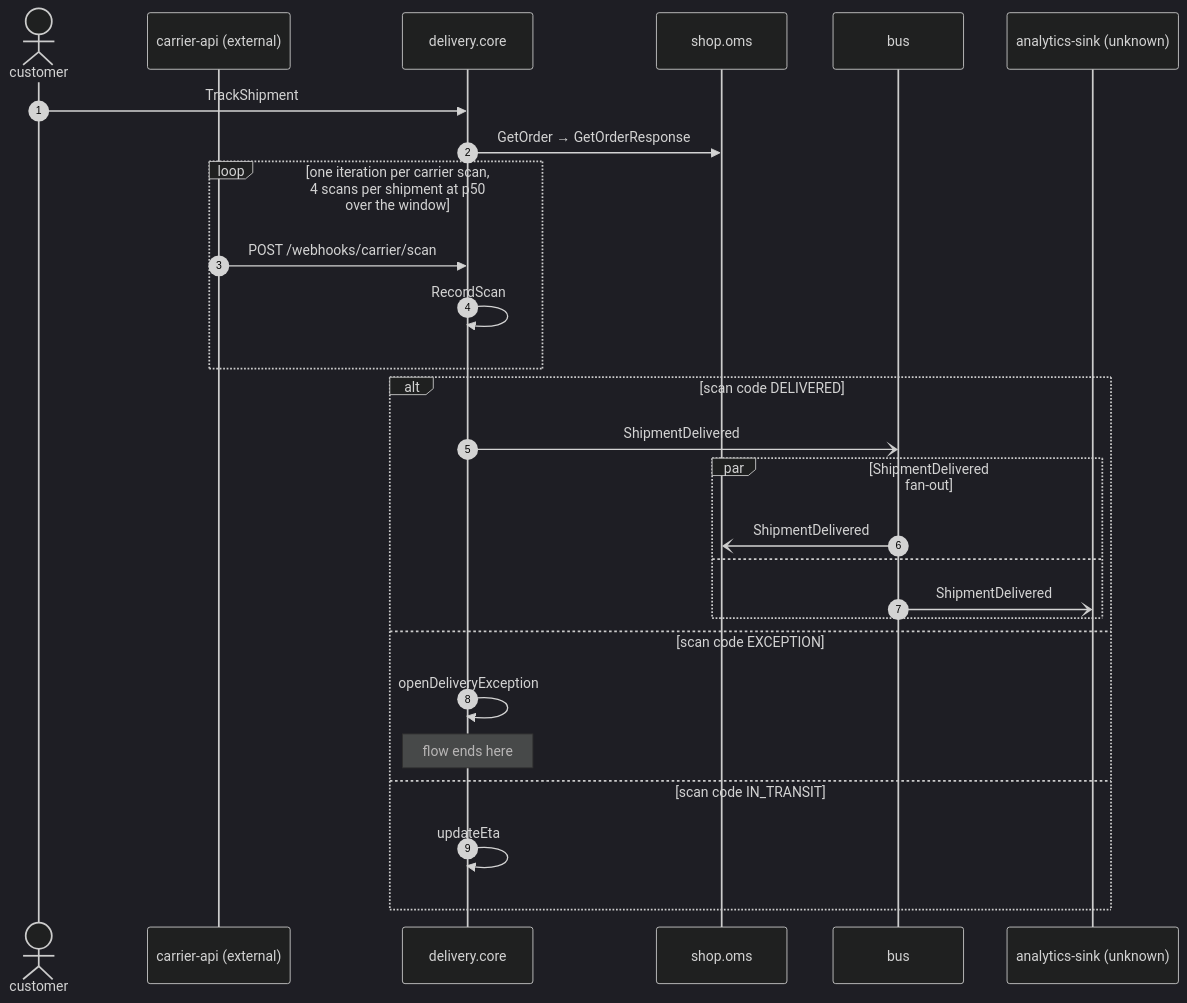
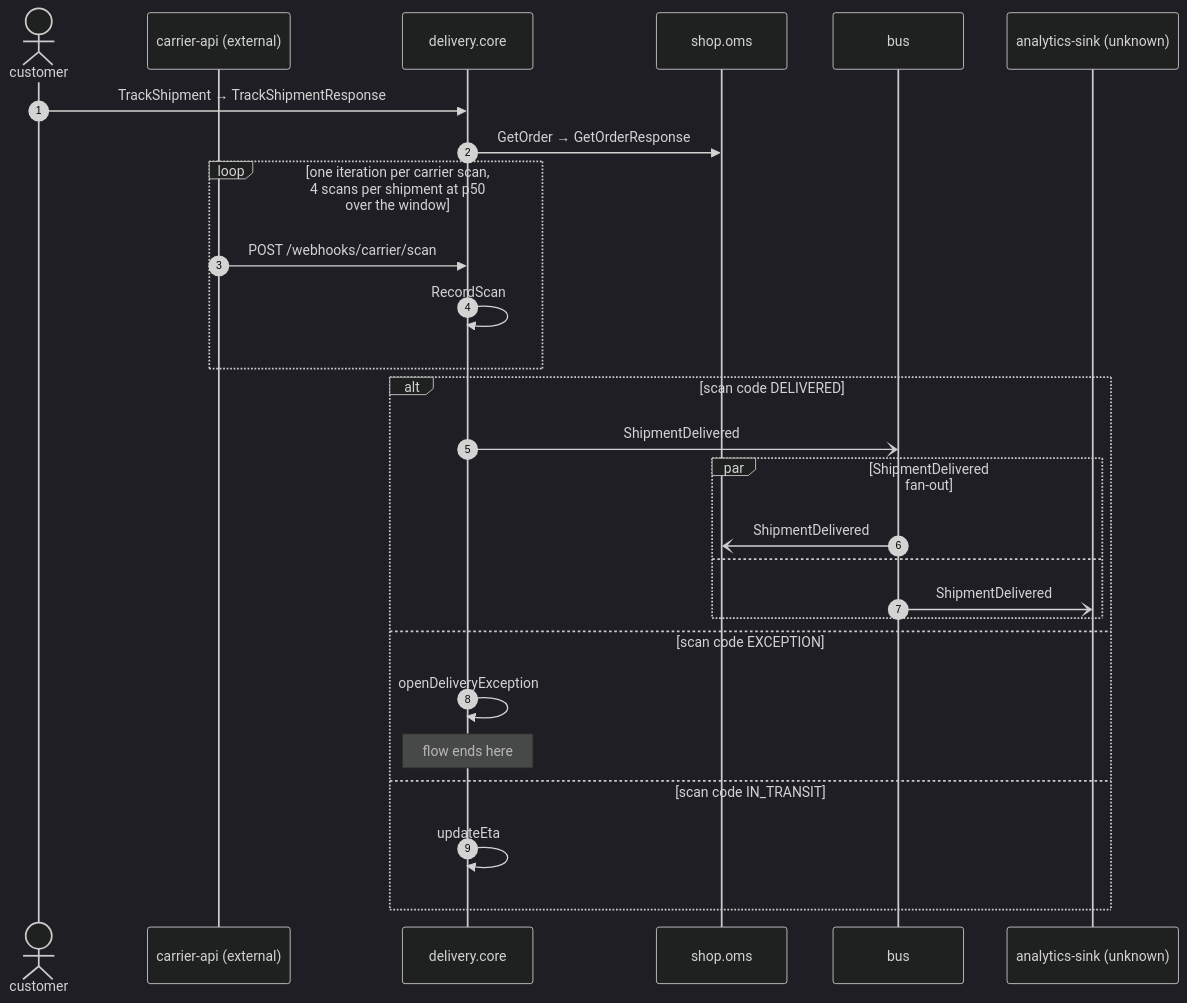
The diagram in docs/flows/shipment-tracking.md (shortlink-org/portolan), drawn with Mermaid (dark theme) before and after one commit. The commit also changed other lines of this file and 146 other files, not shown here.

````diff
--- a/docs/flows/shipment-tracking.md
+++ b/docs/flows/shipment-tracking.md
@@ -24,29 +24,29 @@
 ```mermaid
 sequenceDiagram
     autonumber
     actor p0 as customer
     participant p1 as carrier-api (external)
     participant p2 as delivery.core
     participant p3 as shop.oms
     participant p4 as bus
     participant p5 as analytics-sink (unknown)
-    p0->>p2: TrackShipment
+    p0->>p2: TrackShipment → TrackShipmentResponse
     p2->>p3: GetOrder → GetOrderResponse
     loop one iteration per carrier scan, 4 scans per shipment at p50 over the window
         p1->>p2: POST /webhooks/carrier/scan
         p2->>p2: RecordScan
     end
     alt scan code DELIVERED
         p2-)p4: ShipmentDelivered
         par ShipmentDelivered fan-out
             p4-)p3: ShipmentDelivered
         and
             p4-)p5: ShipmentDelivered
         end
     else scan code EXCEPTION
         p2->>p2: openDeliveryException
         Note over p2: flow ends here
     else scan code IN_TRANSIT
         p2->>p2: updateEta
     end
 ```
````
